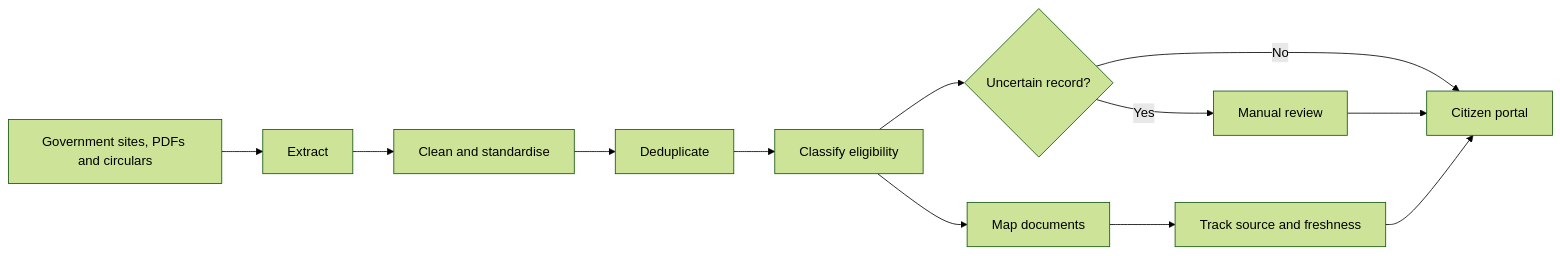
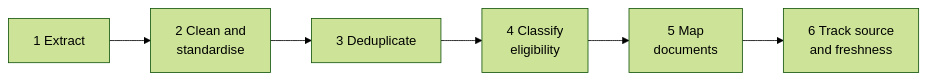
Before and after one commit to Newton-School/newtonschool-studio: the second of 4 diagrams in content/case-studies/iitr-collaboration.md, drawn with Mermaid (forest theme). The commit also changed other lines of this file and 6 other files, not shown here.

````diff
--- a/content/case-studies/iitr-collaboration.md
+++ b/content/case-studies/iitr-collaboration.md
@@ -55,14 +133,8 @@
 ```mermaid
 flowchart LR
-  A[Government sites, PDFs and circulars] --> B[Extract]
-  B --> C[Clean and standardise]
-  C --> D[Deduplicate]
-  D --> E[Classify eligibility]
-  E --> F[Map documents]
-  F --> G[Track source and freshness]
-  E --> H{Uncertain record?}
-  H -->|Yes| I[Manual review]
-  H -->|No| J[Citizen portal]
-  I --> J
-  G --> J
+  E[1 Extract] --> C[2 Clean and<br/>standardise]
+  C --> D[3 Deduplicate]
+  D --> Q[4 Classify<br/>eligibility]
+  Q --> M[5 Map<br/>documents]
+  M --> F[6 Track source<br/>and freshness]
 ```
````
